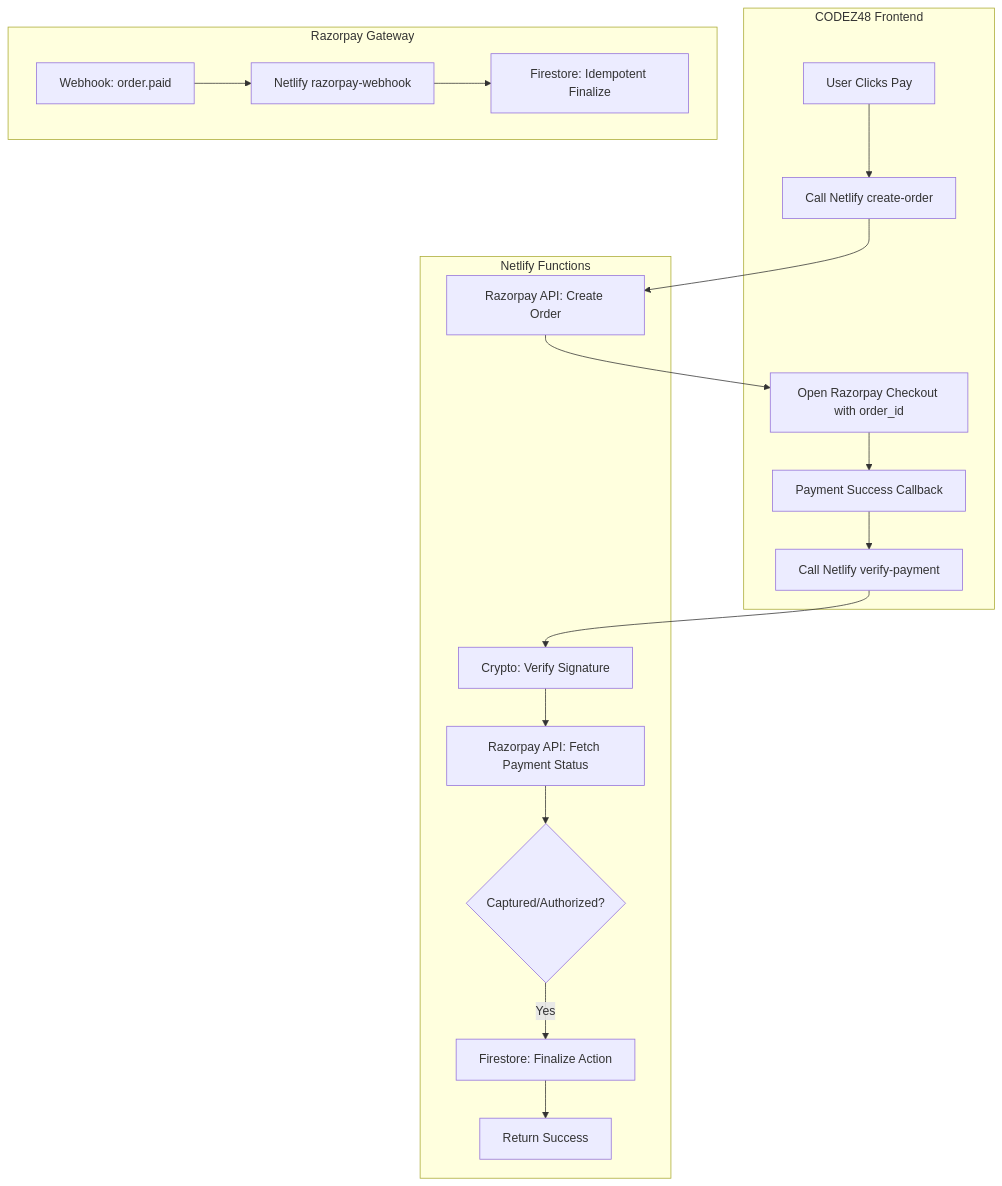
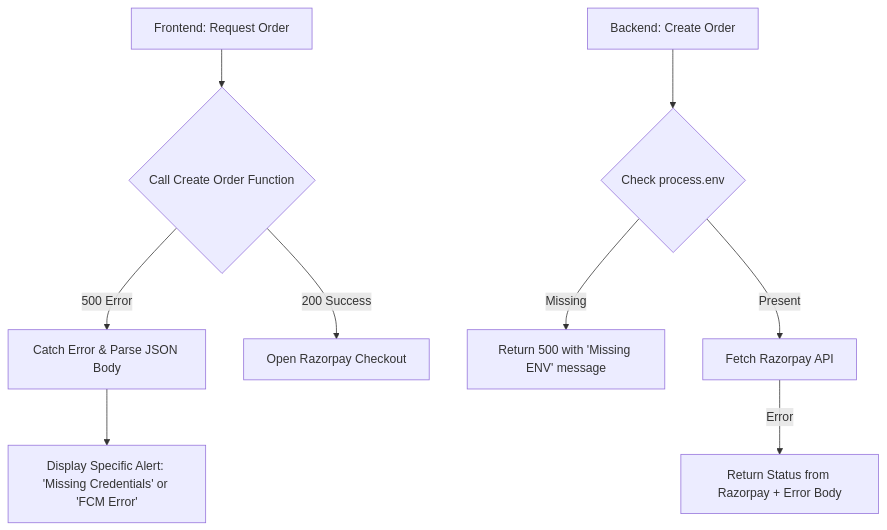
The diagram in .artifacts/074f8ead-9721-4f77-87d0-951ebe4b1d7d/implementation_plan.artifact.md (Suriya663/codez48-web-automation), drawn with Mermaid before and after one commit. The commit also changed other lines of this file and 14 other files, not shown here.

Commit message:
Update Netlify function, mail notification, and site intelligence engine

````diff
--- a/.artifacts/074f8ead-9721-4f77-87d0-951ebe4b1d7d/implementation_plan.artifact.md
+++ b/.artifacts/074f8ead-9721-4f77-87d0-951ebe4b1d7d/implementation_plan.artifact.md
@@ -7,23 +7,13 @@
 ```mermaid
 flowchart TD
-    subgraph Frontend [CODEZ48 Frontend]
-        A[User Clicks Pay] --> B[Call Netlify create-order]
-        C[Open Razorpay Checkout with order_id] --> D[Payment Success Callback]
-        D --> E[Call Netlify verify-payment]
-    end
+    A[Frontend: Request Order] --> B{Call Create Order Function}
+    B -->|500 Error| C[Catch Error & Parse JSON Body]
+    C --> D[Display Specific Alert: 'Missing Credentials' or 'FCM Error']
 
-    subgraph Backend [Netlify Functions]
-        B --> F[Razorpay API: Create Order]
-        F --> C
-        E --> G[Crypto: Verify Signature]
-        G --> H[Razorpay API: Fetch Payment Status]
-        H --> I{Captured/Authorized?}
-        I -->|Yes| J[Firestore: Finalize Action]
-        J --> K[Return Success]
-    end
+    B -->|200 Success| E[Open Razorpay Checkout]
 
-    subgraph Razorpay [Razorpay Gateway]
-        L[Webhook: order.paid] --> M[Netlify razorpay-webhook]
-        M --> N[Firestore: Idempotent Finalize]
-    end
+    F[Backend: Create Order] --> G{Check process.env}
+    G -->|Missing| H[Return 500 with 'Missing ENV' message]
+    G -->|Present| I[Fetch Razorpay API]
+    I -->|Error| J[Return Status from Razorpay + Error Body]
 ```
````
